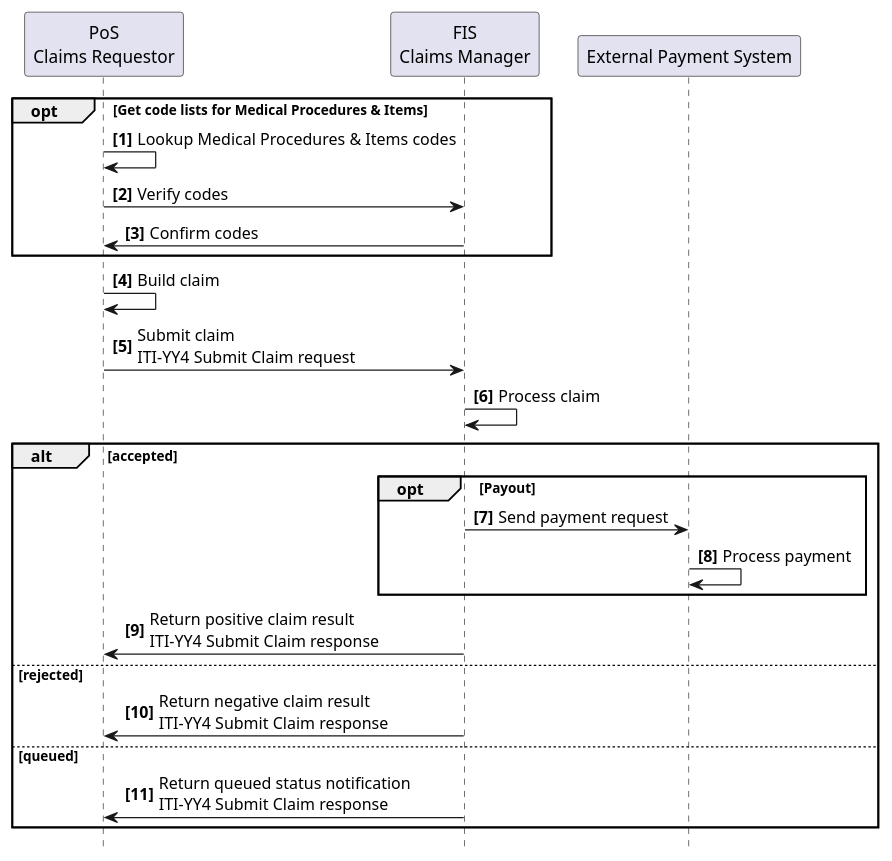
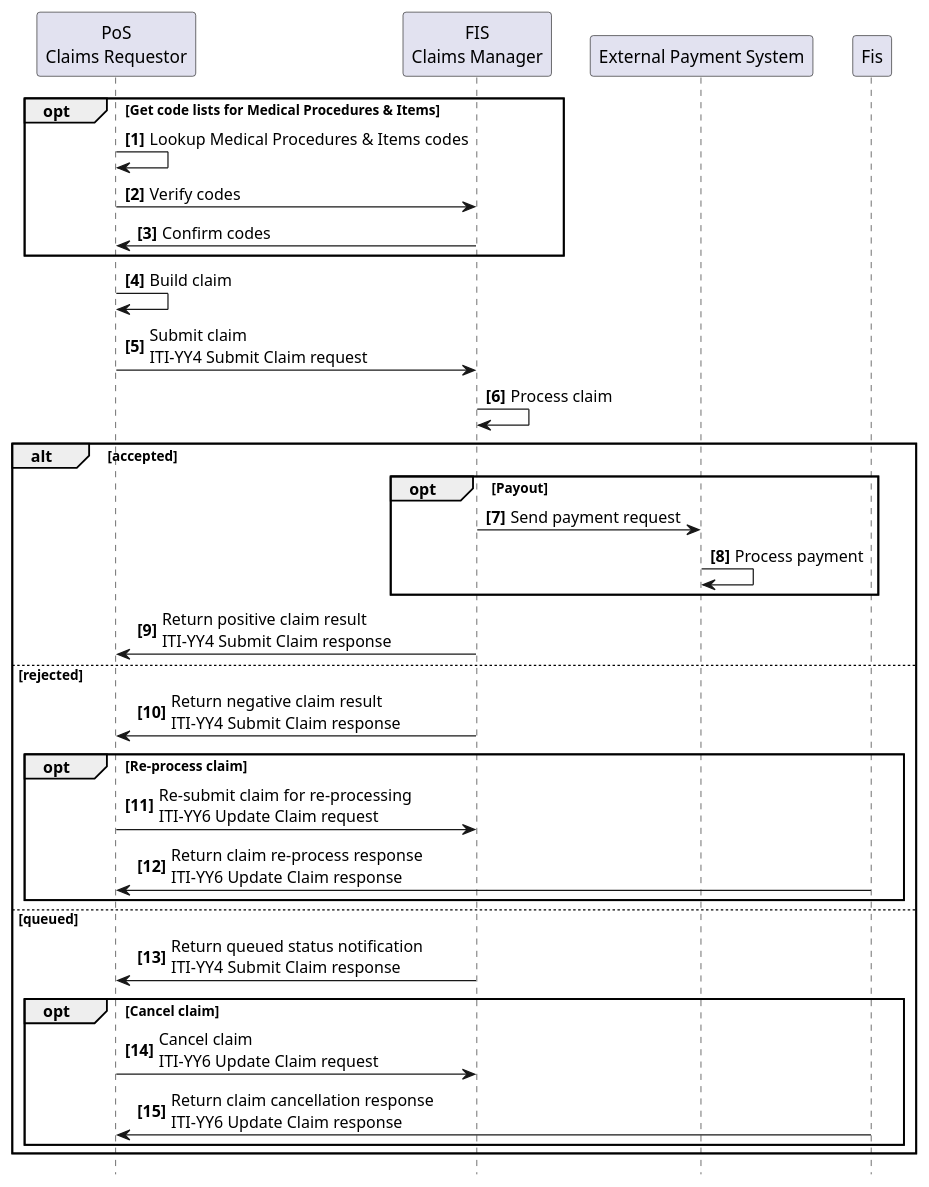
The diagram in input/images-source/usecase4-processflow.plantuml (IHE/ITI.Finance), drawn with PlantUML before and after one commit. The commit also changed 2 other files, not shown here.

Commit message:
Updated use cases for cancellation and re-process cases.  Added new actor for checking coverage requests.

```diff
--- a/input/images-source/usecase4-processflow.plantuml
+++ b/input/images-source/usecase4-processflow.plantuml
@@ -1,33 +1,41 @@
 @startuml
 skinparam svgDimensionStyle false
 hide footbox
 autonumber "<b>[0]"
 
 participant "PoS\nClaims Requestor" as App
 participant "FIS\nClaims Manager" as FIS
 participant "External Payment System" as EXT
 
 
 opt Get code lists for Medical Procedures & Items
 	App -> App: Lookup Medical Procedures & Items codes
 	App -> FIS: Verify codes
 	FIS -> App: Confirm codes
 end opt
  
 App -> App: Build claim
 App -> FIS: Submit claim\nITI-YY4 Submit Claim request
 FIS -> FIS: Process claim
 
 alt accepted
 	opt Payout
 		FIS->EXT: Send payment request
    	EXT->EXT: Process payment
 	end opt
 	FIS -> App: Return positive claim result\nITI-YY4 Submit Claim response
 else rejected
 	FIS -> App: Return negative claim result\nITI-YY4 Submit Claim response
+	opt Re-process claim
+		App -> FIS: Re-submit claim for re-processing\nITI-YY6 Update Claim request
+		Fis -> App: Return claim re-process response\nITI-YY6 Update Claim response
+	end opt
 else queued
 	FIS -> App: Return queued status notification\nITI-YY4 Submit Claim response
+	opt Cancel claim
+		App -> FIS: Cancel claim\nITI-YY6 Update Claim request
+		Fis -> App: Return claim cancellation response\nITI-YY6 Update Claim response
+	end opt
 end
 
 @enduml
```
